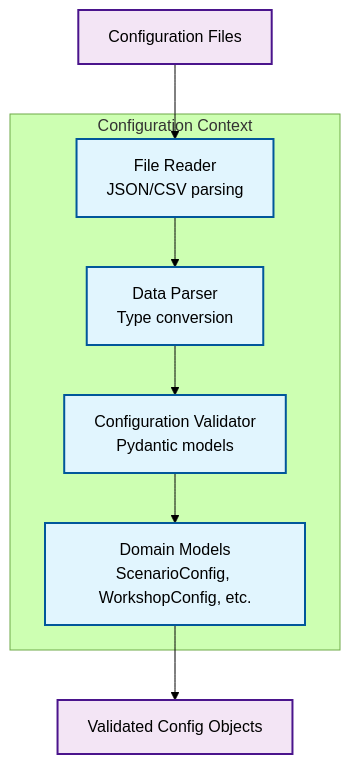
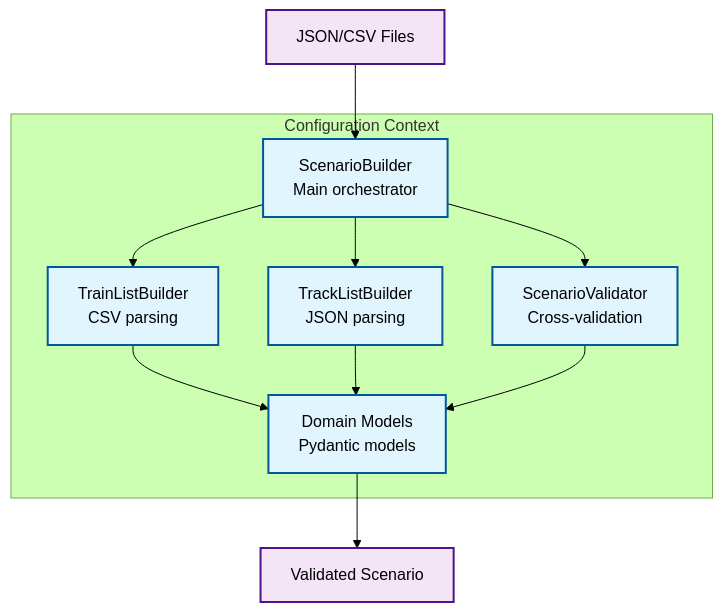
One commit to OpenRailAssociation/dac-migration-dss-popupsim changed the second of 7 diagrams in docs/mvp/architecture/05-building-blocks.md. Above: the diagram before and after it, drawn with Mermaid (forest theme). The commit also changed other lines of this file and 7 other files, not shown here.

````diff
--- a/docs/mvp/architecture/05-building-blocks.md
+++ b/docs/mvp/architecture/05-building-blocks.md
@@ -58,21 +60,25 @@
 ```mermaid
 graph TB
     subgraph "Configuration Context"
-        FileReader["File Reader<br/>JSON/CSV parsing"]
-        Parser["Data Parser<br/>Type conversion"]
-        Validator["Configuration Validator<br/>Pydantic models"]
-        Models["Domain Models<br/>ScenarioConfig, WorkshopConfig, etc."]
+        Builder["ScenarioBuilder<br/>Main orchestrator"]
+        TrainBuilder["TrainListBuilder<br/>CSV parsing"]
+        TrackBuilder["TrackListBuilder<br/>JSON parsing"]
+        Validator["ScenarioValidator<br/>Cross-validation"]
+        Models["Domain Models<br/>Pydantic models"]
     end
 
-    Files[Configuration Files] --> FileReader
-    FileReader --> Parser
-    Parser --> Validator
+    Files[JSON/CSV Files] --> Builder
+    Builder --> TrainBuilder
+    Builder --> TrackBuilder
+    Builder --> Validator
+    TrainBuilder --> Models
+    TrackBuilder --> Models
     Validator --> Models
-    Models --> Output[Validated Config Objects]
+    Models --> Output[Validated Scenario]
 
     classDef component fill:#e1f5fe,stroke:#01579b,stroke-width:2px
     classDef external fill:#f3e5f5,stroke:#4a148c,stroke-width:2px
 
-    class FileReader,Parser,Validator,Models component
+    class Builder,TrainBuilder,TrackBuilder,Validator,Models component
     class Files,Output external
 ```
````
